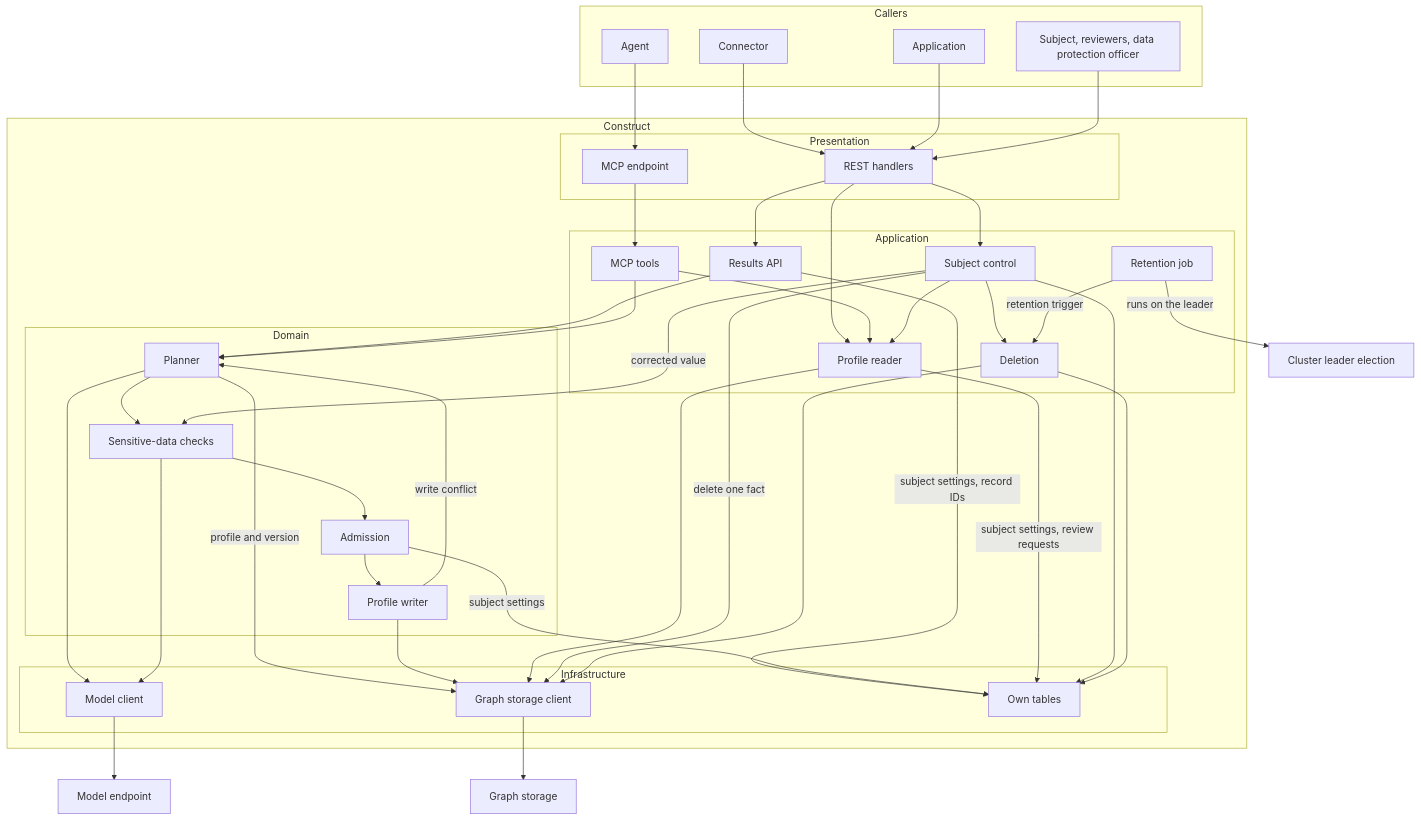
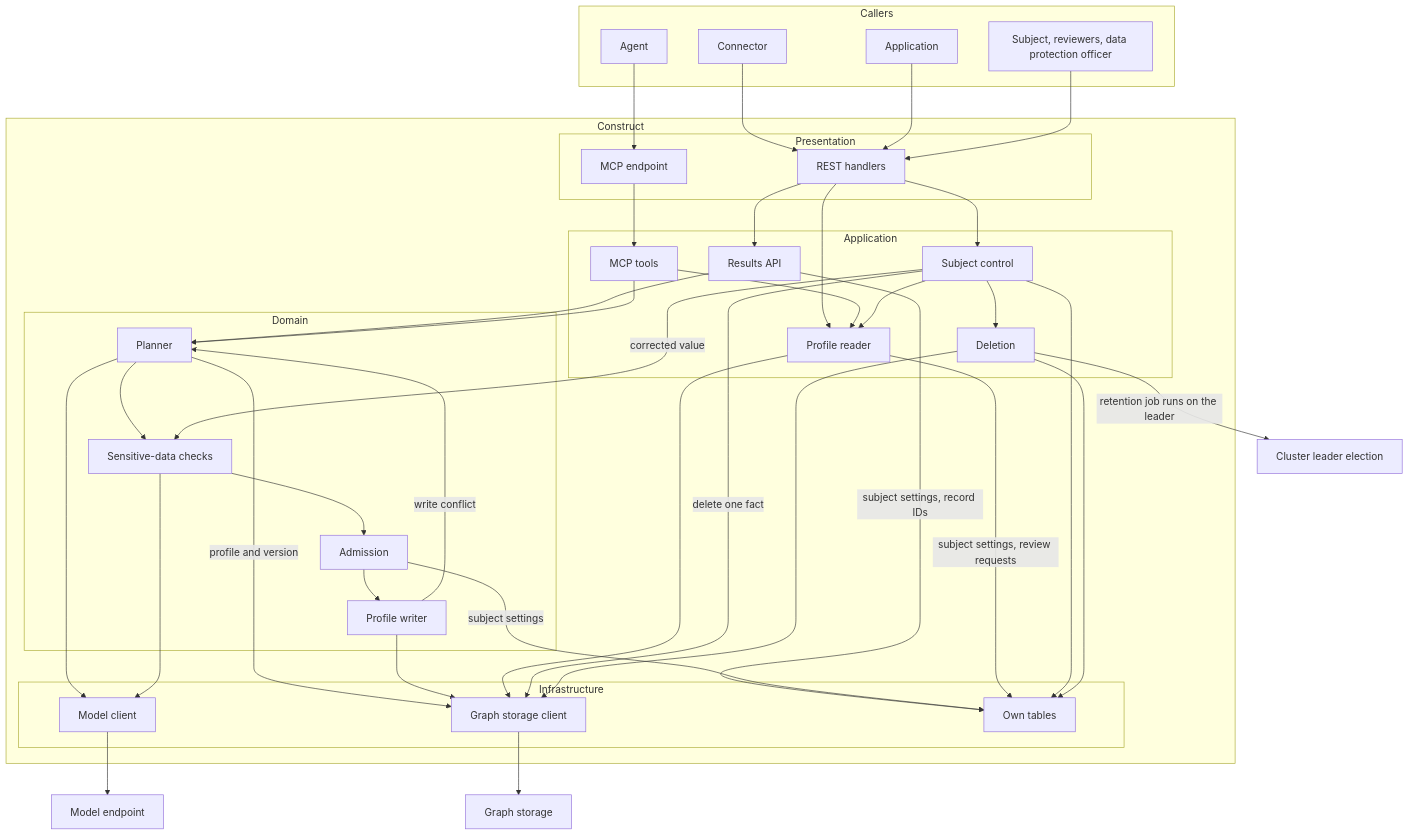
The first of 9 diagrams in gears/construct/docs/DESIGN.md (AndIConstructor/gears-rust), drawn with Mermaid before and after one commit. The commit also changed other lines of this file and 1 other file, not shown here.

````diff
--- a/gears/construct/docs/DESIGN.md
+++ b/gears/construct/docs/DESIGN.md
@@ -86,66 +86,64 @@
 ```mermaid
 flowchart TD
     subgraph Callers
         CN["Connector"]
         APP["Application"]
         AG["Agent"]
         SU["Subject, reviewers, data protection officer"]
     end
     subgraph Construct
         subgraph Presentation
             REST["REST handlers"]
             MCP["MCP endpoint"]
         end
         subgraph Application_layer["Application"]
             RA["Results API"]
             SC["Subject control"]
             MT["MCP tools"]
             DEL["Deletion"]
             PR["Profile reader"]
-            RJ["Retention job"]
         end
         subgraph Domain
             PL["Planner"]
             SD["Sensitive-data checks"]
             AD["Admission"]
             PW["Profile writer"]
         end
         subgraph Infrastructure
             MC["Model client"]
             GSC["Graph storage client"]
             DB["Own tables"]
         end
     end
     CN --> REST
     APP --> REST
     SU --> REST
     AG --> MCP
     REST --> RA
     REST --> SC
     REST --> PR
     MCP --> MT
     RA --> PL
     MT --> PL
     MT --> PR
     PL --> SD --> AD --> PW
     PW -->|"write conflict"| PL
     PL --> MC
     SD --> MC
     SC --> PR
     SC --> DEL
     SC -->|"corrected value"| SD
     PL -->|"profile and version"| GSC
     PW --> GSC
     PR --> GSC
     SC -->|"delete one fact"| GSC
     DEL --> GSC
     RA -->|"subject settings, record IDs"| DB
     AD -->|"subject settings"| DB
     PR -->|"subject settings, review requests"| DB
     SC --> DB
     DEL --> DB
-    RJ -->|"retention trigger"| DEL
-    RJ -->|"runs on the leader"| CL["Cluster leader election"]
+    DEL -->|"retention job runs on the leader"| CL["Cluster leader election"]
     MC --> EXT["Model endpoint"]
     GSC --> GS["Graph storage"]
 ```
````
